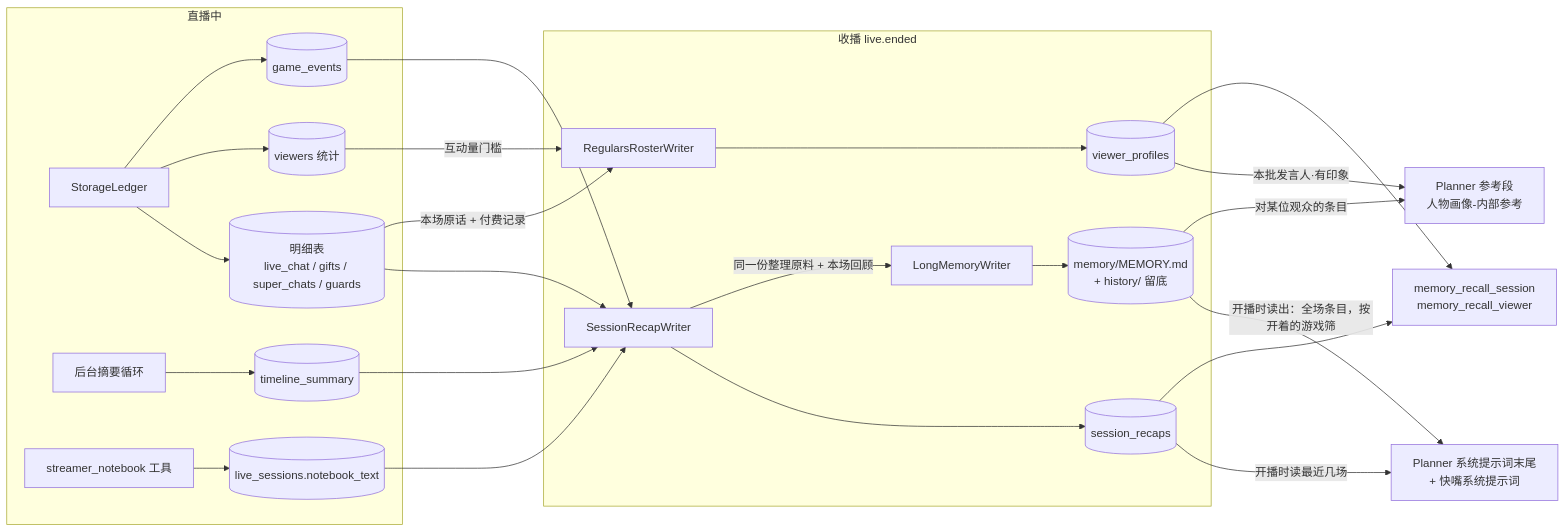
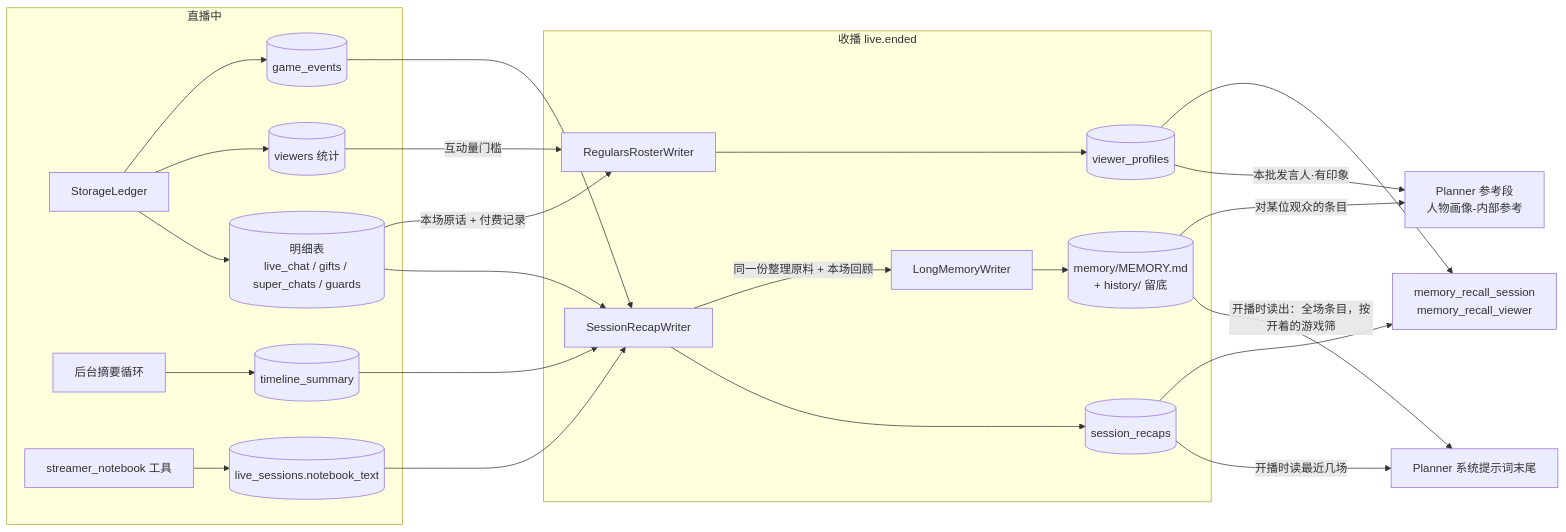
The diagram in docs/architecture/streamer-memory.md (Mai-with-u/Amaidesu), drawn with Mermaid before and after one commit. The commit also changed other lines of this file and 4 other files, not shown here.

````diff
--- a/docs/architecture/streamer-memory.md
+++ b/docs/architecture/streamer-memory.md
@@ -19,24 +19,24 @@
 ```mermaid
 flowchart LR
     subgraph 直播中
         L[StorageLedger] --> D[(明细表<br/>live_chat / gifts / super_chats / guards)]
         L --> V[(viewers 统计)]
         L --> G[(game_events)]
         B[后台摘要循环] --> T[(timeline_summary)]
         NB[streamer_notebook 工具] --> NS[(live_sessions.notebook_text)]
     end
     subgraph 收播 live.ended
         R[SessionRecapWriter] --> SR[(session_recaps)]
         M[LongMemoryWriter] --> MF[(memory/MEMORY.md<br/>+ history/ 留底)]
         W[RegularsRosterWriter] --> VP[(viewer_profiles)]
     end
     D & T & G & NS --> R
     R -->|同一份整理原料 + 本场回顾| M
     D -->|本场原话 + 付费记录| W
     V -->|互动量门槛| W
-    MF -->|开播时读出：全场条目，按开着的游戏筛| SP[Planner 系统提示词末尾<br/>+ 快嘴系统提示词]
+    MF -->|开播时读出：全场条目，按开着的游戏筛| SP[Planner 系统提示词末尾]
     MF -->|对某位观众的条目| Q
     SR -->|开播时读最近几场| SP
     VP -->|本批发言人·有印象| Q[Planner 参考段<br/>人物画像-内部参考]
     SR & VP --> TOOLS[memory_recall_session<br/>memory_recall_viewer]
 ```
````
